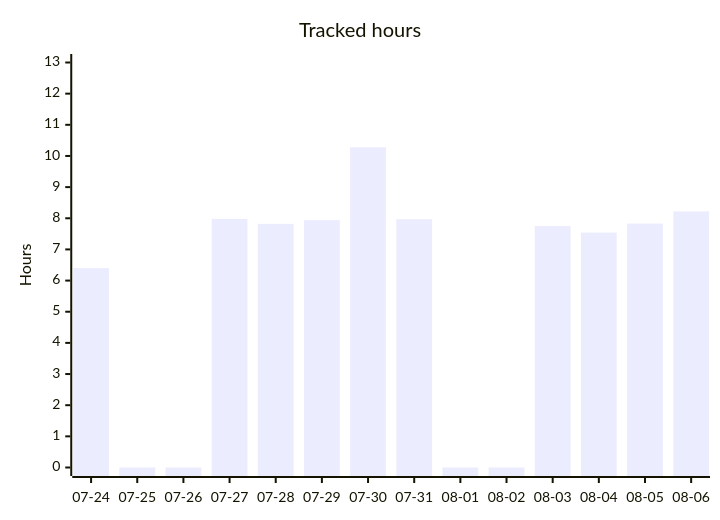
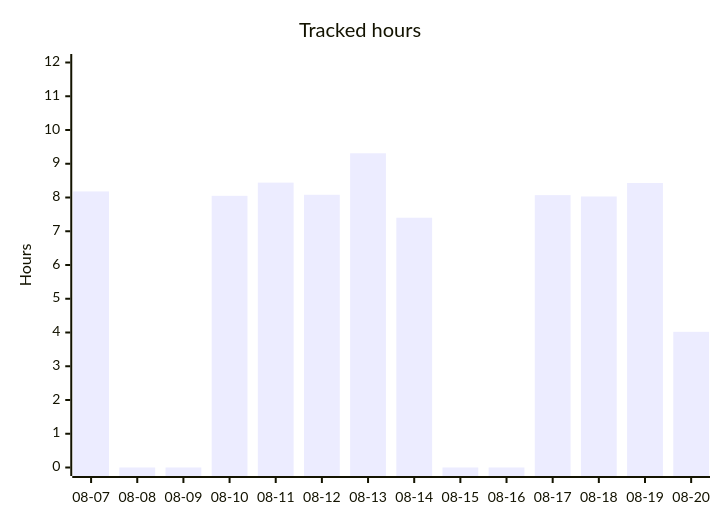
The second of 5 diagrams in README.org (albinforsberg-netizen/timeclock), drawn with Mermaid before and after one commit. The commit also changed other lines of this file, not shown here.

```diff
--- a/README.org
+++ b/README.org
@@ -94,7 +95,7 @@
 #+begin_src mermaid
 xychart-beta
     title "Tracked hours"
-    x-axis ["07-24", "07-25", "07-26", "07-27", "07-28", "07-29", "07-30", "07-31", "08-01", "08-02", "08-03", "08-04", "08-05", "08-06"]
-    y-axis "Hours" 0 --> 13
-    bar [6.40, 0.00, 0.00, 7.98, 7.82, 7.94, 10.28, 7.97, 0.00, 0.00, 7.75, 7.54, 7.83, 8.22]
+    x-axis ["08-07", "08-08", "08-09", "08-10", "08-11", "08-12", "08-13", "08-14", "08-15", "08-16", "08-17", "08-18", "08-19", "08-20"]
+    y-axis "Hours" 0 --> 12
+    bar [8.18, 0.00, 0.00, 8.05, 8.44, 8.08, 9.31, 7.40, 0.00, 0.00, 8.07, 8.03, 8.43, 4.02]
 #+end_src
```
